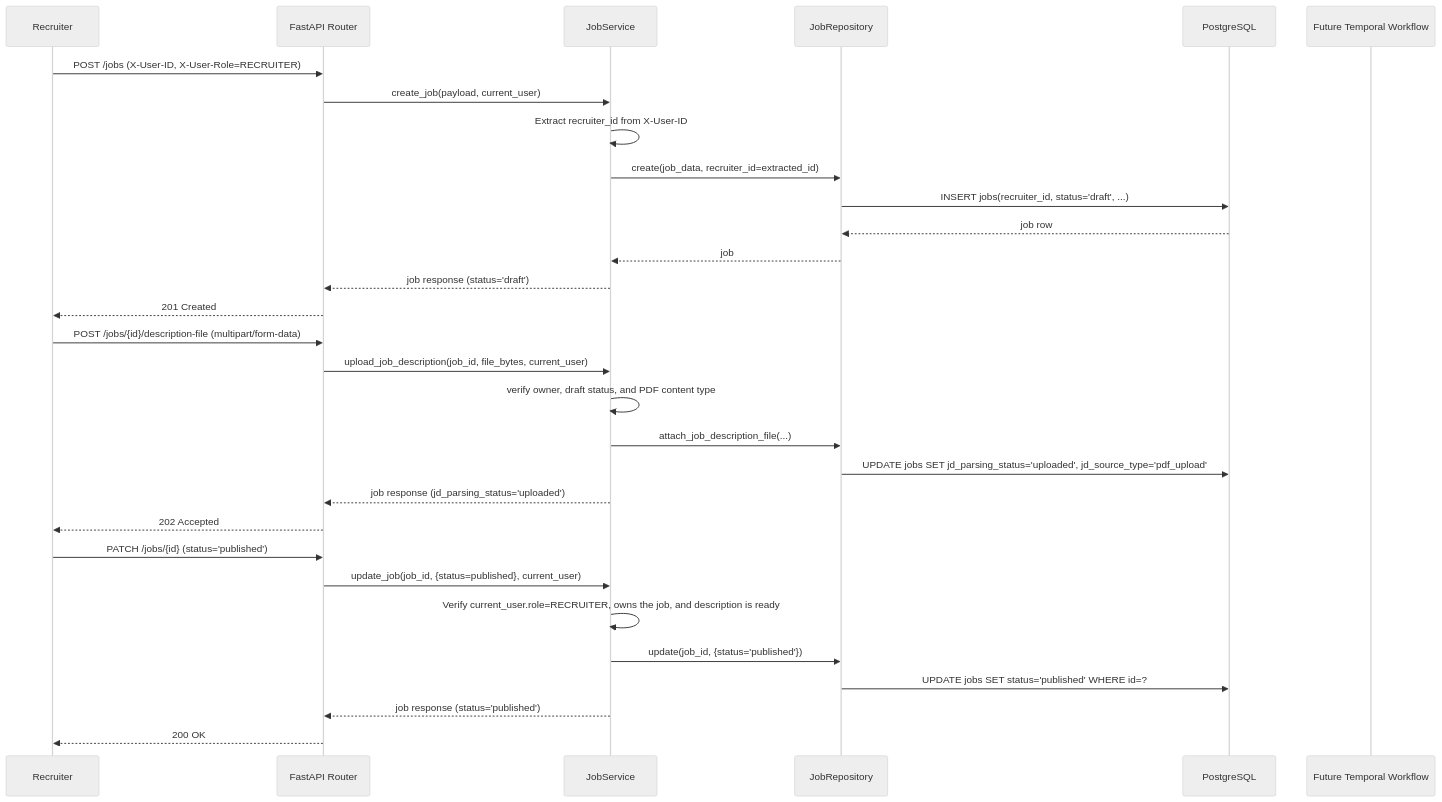
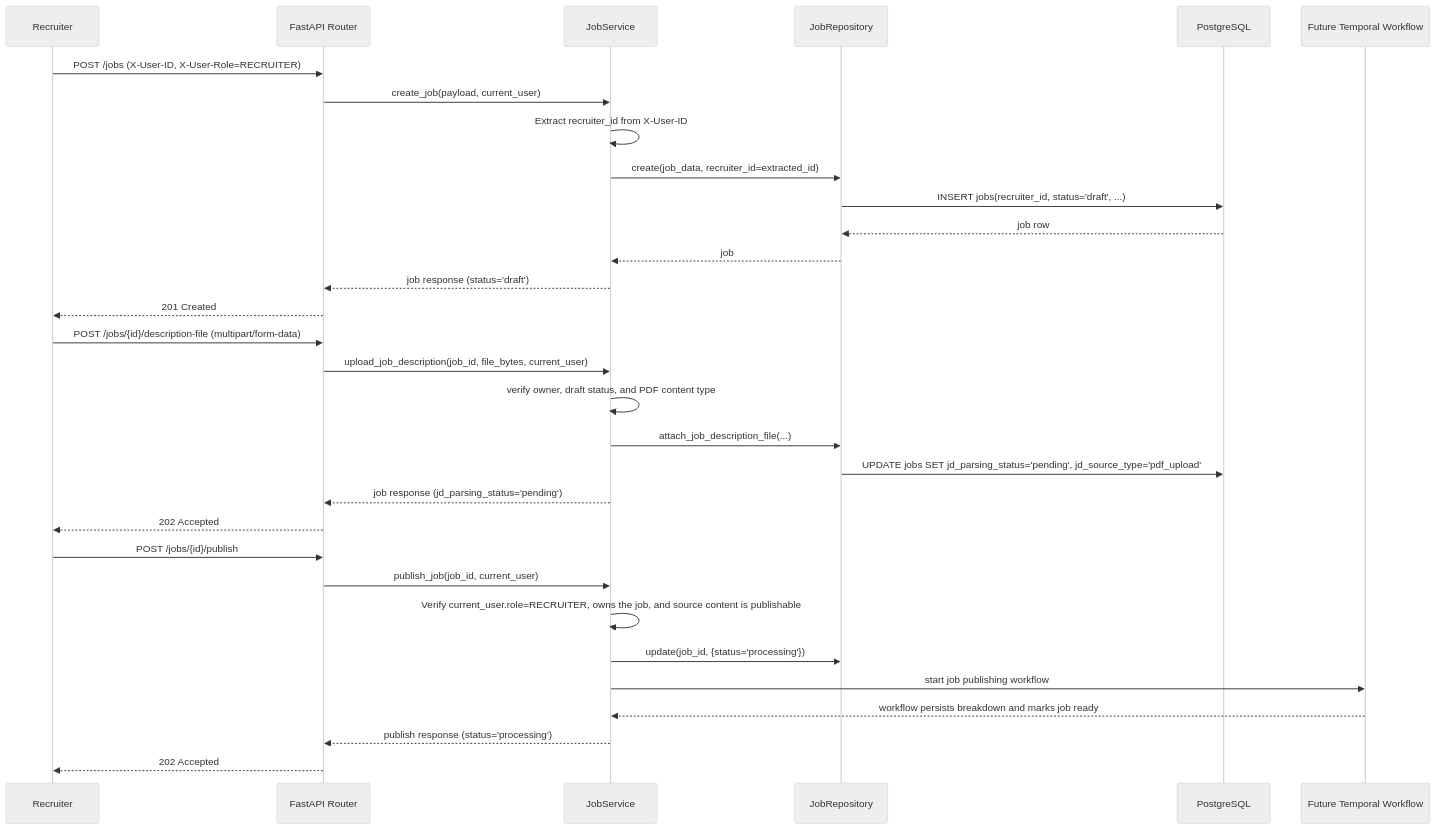
One commit to afnan-emumba/smart-hire changed the third of 5 diagrams in docs/ARCHITECTURE.md. Above: the diagram before and after it, drawn with Mermaid (neutral theme). The commit also changed other lines of this file and 15 other files, not shown here.

First line of the commit message:
feat: Add structured job metadata fields and update job publishing workflow

````diff
--- a/docs/ARCHITECTURE.md
+++ b/docs/ARCHITECTURE.md
@@ -144,35 +144,36 @@
 ```mermaid
 sequenceDiagram
     participant Recruiter
     participant API as FastAPI Router
     participant Service as JobService
     participant Repo as JobRepository
     participant DB as PostgreSQL
     participant Temporal as Future Temporal Workflow
 
     Recruiter->>API: POST /jobs (X-User-ID, X-User-Role=RECRUITER)
     API->>Service: create_job(payload, current_user)
     Service->>Service: Extract recruiter_id from X-User-ID
     Service->>Repo: create(job_data, recruiter_id=extracted_id)
     Repo->>DB: INSERT jobs(recruiter_id, status='draft', ...)
     DB-->>Repo: job row
     Repo-->>Service: job
     Service-->>API: job response (status='draft')
     API-->>Recruiter: 201 Created
 
     Recruiter->>API: POST /jobs/{id}/description-file (multipart/form-data)
     API->>Service: upload_job_description(job_id, file_bytes, current_user)
     Service->>Service: verify owner, draft status, and PDF content type
     Service->>Repo: attach_job_description_file(...)
-    Repo->>DB: UPDATE jobs SET jd_parsing_status='uploaded', jd_source_type='pdf_upload'
-    Service-->>API: job response (jd_parsing_status='uploaded')
+    Repo->>DB: UPDATE jobs SET jd_parsing_status='pending', jd_source_type='pdf_upload'
+    Service-->>API: job response (jd_parsing_status='pending')
     API-->>Recruiter: 202 Accepted
 
-    Recruiter->>API: PATCH /jobs/{id} (status='published')
-    API->>Service: update_job(job_id, {status=published}, current_user)
-    Service->>Service: Verify current_user.role=RECRUITER, owns the job, and description is ready
-    Service->>Repo: update(job_id, {status='published'})
-    Repo->>DB: UPDATE jobs SET status='published' WHERE id=?
-    Service-->>API: job response (status='published')
-    API-->>Recruiter: 200 OK
+    Recruiter->>API: POST /jobs/{id}/publish
+    API->>Service: publish_job(job_id, current_user)
+    Service->>Service: Verify current_user.role=RECRUITER, owns the job, and source content is publishable
+    Service->>Repo: update(job_id, {status='processing'})
+    Service->>Temporal: start job publishing workflow
+    Temporal-->>Service: workflow persists breakdown and marks job ready
+    Service-->>API: publish response (status='processing')
+    API-->>Recruiter: 202 Accepted
 ```
````
